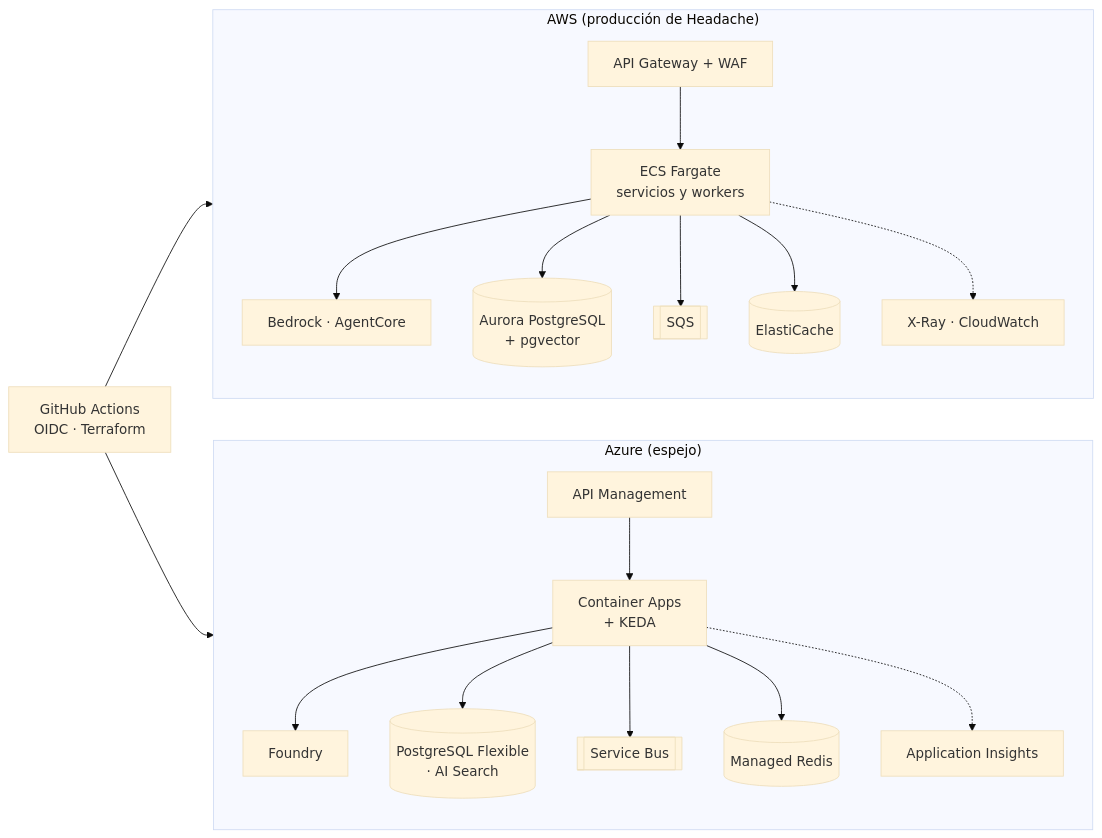
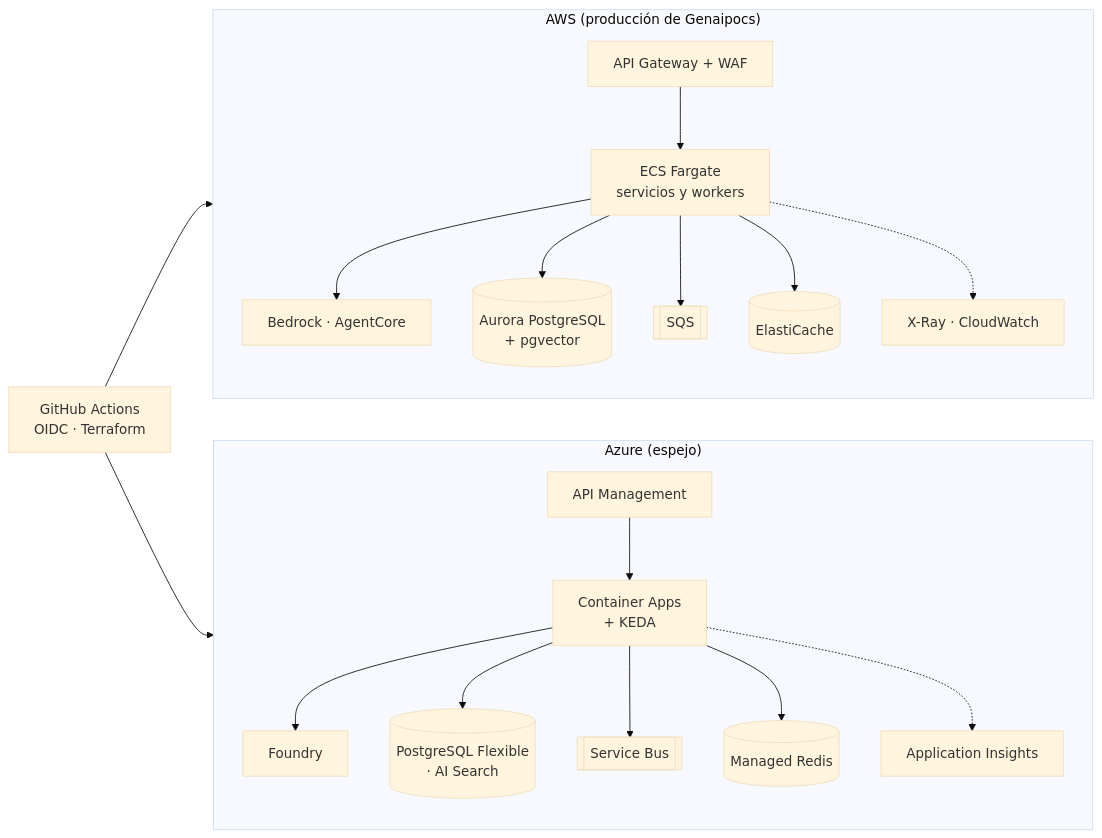
Before and after one commit to SergioVelmay/GenAI_PoCs: diagram 12 of 13 in docs/arquitectura.md, drawn with Mermaid (base theme). The commit also changed other lines of this file and 751 other files, not shown here.

First line of the commit message:
refactor: renombrado de headache a genaipocs en todo el repo

````diff
--- a/docs/arquitectura.md
+++ b/docs/arquitectura.md
@@ -313,22 +313,22 @@
 ```mermaid
 flowchart LR
-  subgraph AWS["AWS (producción de Headache)"]
+  subgraph AWS["AWS (producción de Genaipocs)"]
     direction TB
     A1["API Gateway + WAF"] --> A2["ECS Fargate<br/>servicios y workers"]
     A2 --> A3["Bedrock · AgentCore"]
     A2 --> A4[("Aurora PostgreSQL<br/>+ pgvector")]
     A2 --> A5[["SQS"]]
     A2 --> A6[("ElastiCache")]
     A2 -.-> A7["X-Ray · CloudWatch"]
   end
   subgraph AZ["Azure (espejo)"]
     direction TB
     Z1["API Management"] --> Z2["Container Apps<br/>+ KEDA"]
     Z2 --> Z3["Foundry"]
     Z2 --> Z4[("PostgreSQL Flexible<br/>· AI Search")]
     Z2 --> Z5[["Service Bus"]]
     Z2 --> Z6[("Managed Redis")]
     Z2 -.-> Z7["Application Insights"]
   end
   GH["GitHub Actions<br/>OIDC · Terraform"] --> AWS & AZ
 ```
````
